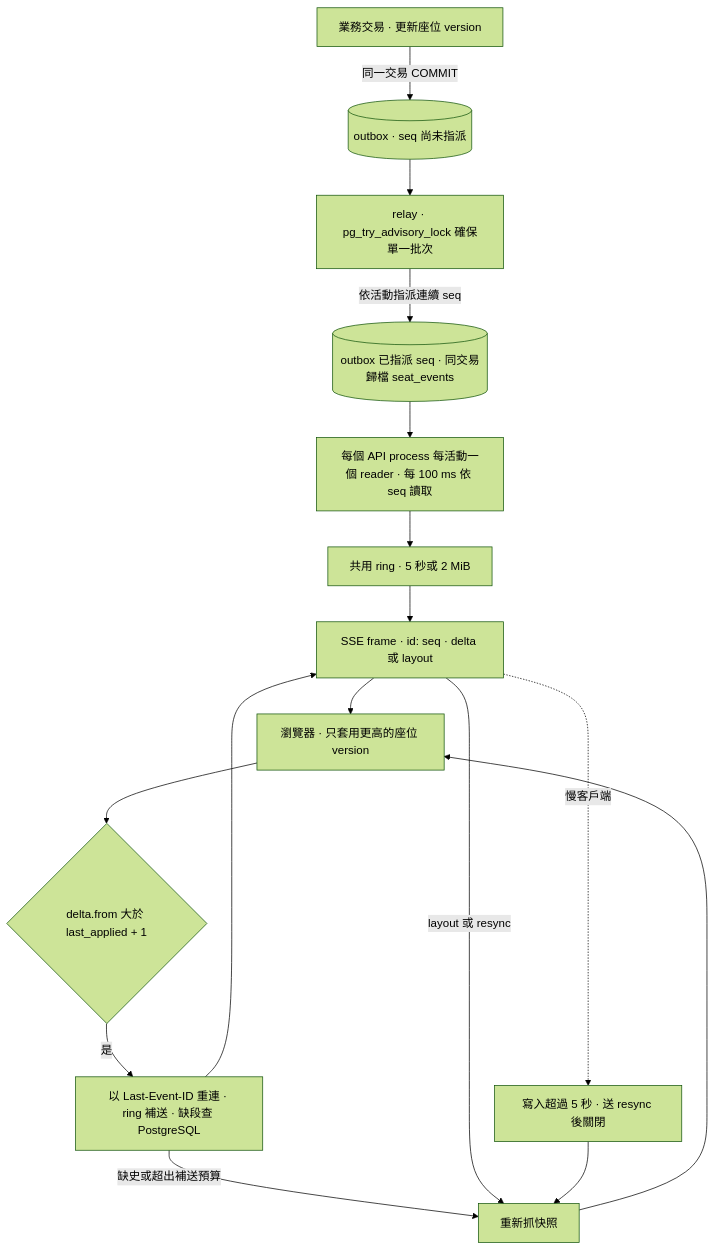
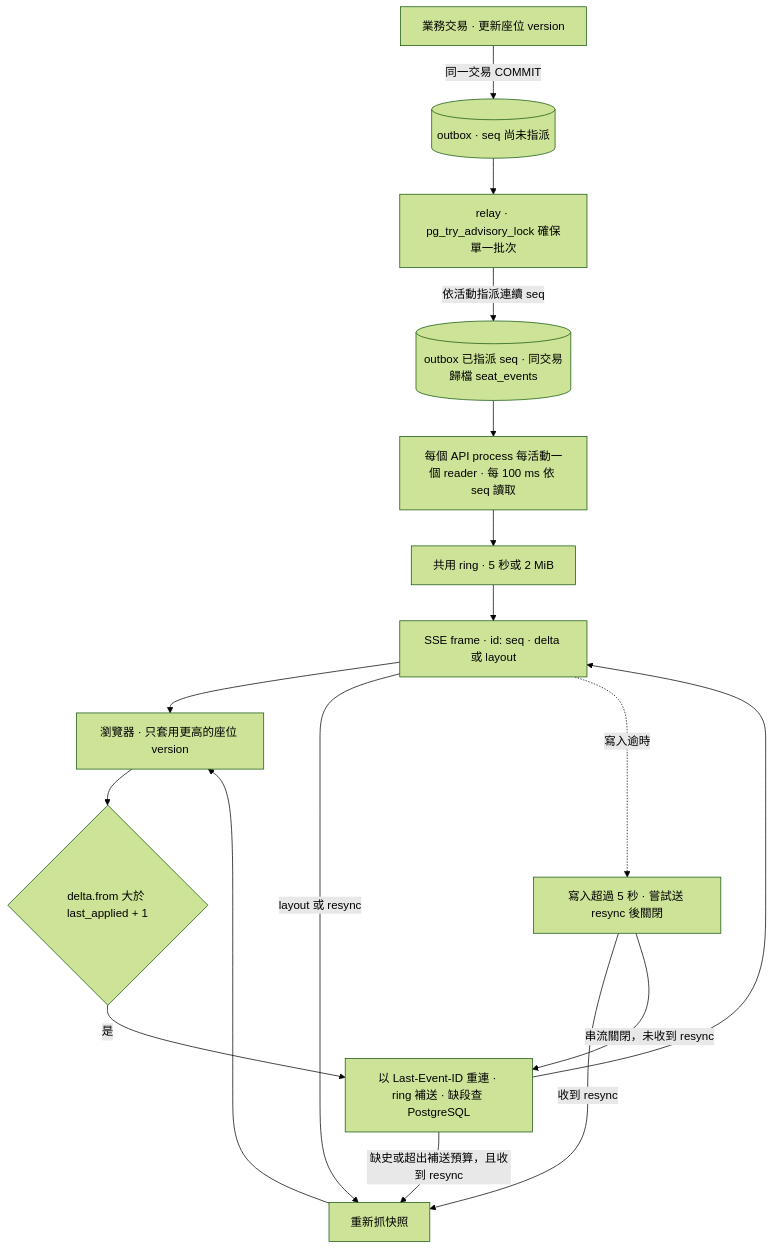
One commit to kaiser0421/wy-project changed the fourth of 6 diagrams in DESIGN.md. Above: the diagram before and after it, drawn with Mermaid (forest theme). The commit also changed other lines of this file and 9 other files, not shown here.

````diff
--- a/DESIGN.md
+++ b/DESIGN.md
@@ -313,25 +313,27 @@
 ```mermaid
 flowchart TB
   W["業務交易 · 更新座位 version"]
   O[("outbox · seq 尚未指派")]
   R["relay · pg_try_advisory_lock 確保單一批次"]
   A[("outbox 已指派 seq · 同交易歸檔 seat_events")]
   Rd["每個 API process 每活動一個 reader · 每 100 ms 依 seq 讀取"]
   Ring["共用 ring · 5 秒或 2 MiB"]
   S["SSE frame · id: seq · delta 或 layout"]
   C["瀏覽器 · 只套用更高的座位 version"]
   G{"delta.from 大於 last_applied + 1"}
   Rp["以 Last-Event-ID 重連 · ring 補送 · 缺段查 PostgreSQL"]
   Snap["重新抓快照"]
-  Slow["寫入超過 5 秒 · 送 resync 後關閉"]
+  Slow["寫入超過 5 秒 · 嘗試送 resync 後關閉"]
   W -->|"同一交易 COMMIT"| O
   O --> R
   R -->|"依活動指派連續 seq"| A
   A --> Rd --> Ring --> S --> C
   C --> G
   G -->|"是"| Rp --> S
-  Rp -->|"缺史或超出補送預算"| Snap
+  Rp -->|"缺史或超出補送預算，且收到 resync"| Snap
   S -->|"layout 或 resync"| Snap
-  S -.->|"慢客戶端"| Slow --> Snap
+  S -.->|"寫入逾時"| Slow
+  Slow -->|"收到 resync"| Snap
+  Slow -->|"串流關閉，未收到 resync"| Rp
   Snap --> C
 ```
````
